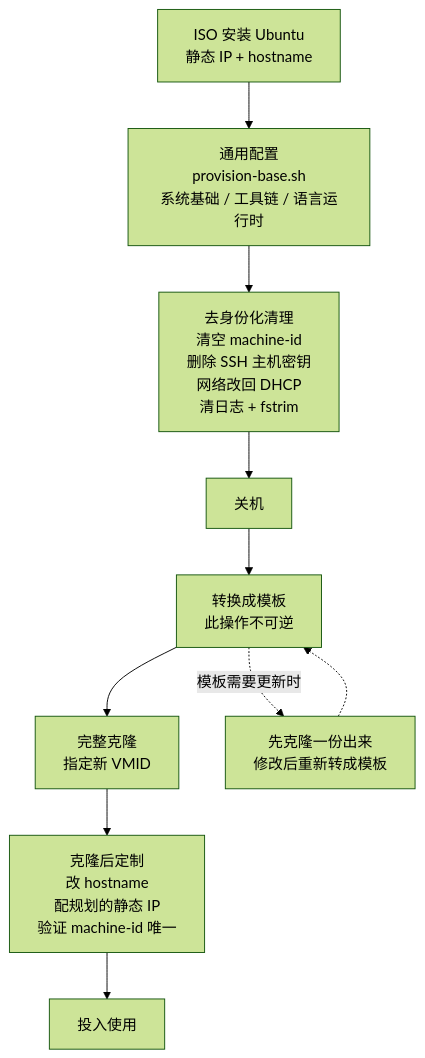
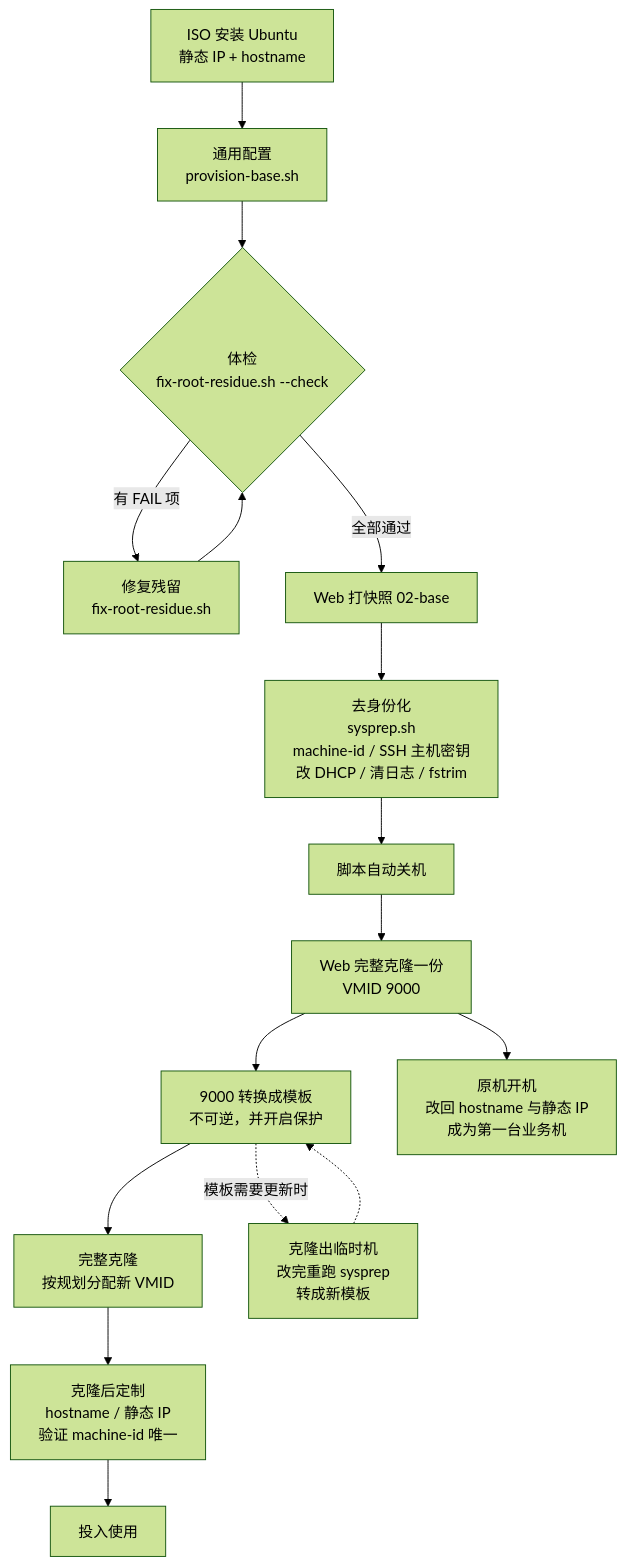
The diagram in docs/04-vm-template.md (Jingk97/homelab), drawn with Mermaid (forest theme) before and after one commit. The commit also changed other lines of this file and 2 other files, not shown here.

````diff
--- a/docs/04-vm-template.md
+++ b/docs/04-vm-template.md
@@ -11,12 +11,18 @@
 ```mermaid
 flowchart TD
-    A["ISO 安装 Ubuntu<br/>静态 IP + hostname"] --> B["通用配置<br/>provision-base.sh<br/>系统基础 / 工具链 / 语言运行时"]
-    B --> C["去身份化清理<br/>清空 machine-id<br/>删除 SSH 主机密钥<br/>网络改回 DHCP<br/>清日志 + fstrim"]
-    C --> D["关机"]
-    D --> E["转换成模板<br/>此操作不可逆"]
-    E --> F["完整克隆<br/>指定新 VMID"]
-    F --> G["克隆后定制<br/>改 hostname<br/>配规划的静态 IP<br/>验证 machine-id 唯一"]
-    G --> H["投入使用"]
-    E -.->|"模板需要更新时"| I["先克隆一份出来<br/>修改后重新转成模板"]
-    I -.-> E
+    A["ISO 安装 Ubuntu<br/>静态 IP + hostname"] --> B["通用配置<br/>provision-base.sh"]
+    B --> C{"体检<br/>fix-root-residue.sh --check"}
+    C -->|"有 FAIL 项"| C1["修复残留<br/>fix-root-residue.sh"]
+    C1 --> C
+    C -->|"全部通过"| D["Web 打快照 02-base"]
+    D --> E["去身份化<br/>sysprep.sh<br/>machine-id / SSH 主机密钥<br/>改 DHCP / 清日志 / fstrim"]
+    E --> F["脚本自动关机"]
+    F --> G["Web 完整克隆一份<br/>VMID 9000"]
+    G --> H["9000 转换成模板<br/>不可逆，并开启保护"]
+    G --> I["原机开机<br/>改回 hostname 与静态 IP<br/>成为第一台业务机"]
+    H --> J["完整克隆<br/>按规划分配新 VMID"]
+    J --> K["克隆后定制<br/>hostname / 静态 IP<br/>验证 machine-id 唯一"]
+    K --> L["投入使用"]
+    H -.->|"模板需要更新时"| M["克隆出临时机<br/>改完重跑 sysprep<br/>转成新模板"]
+    M -.-> H
 ```
````
